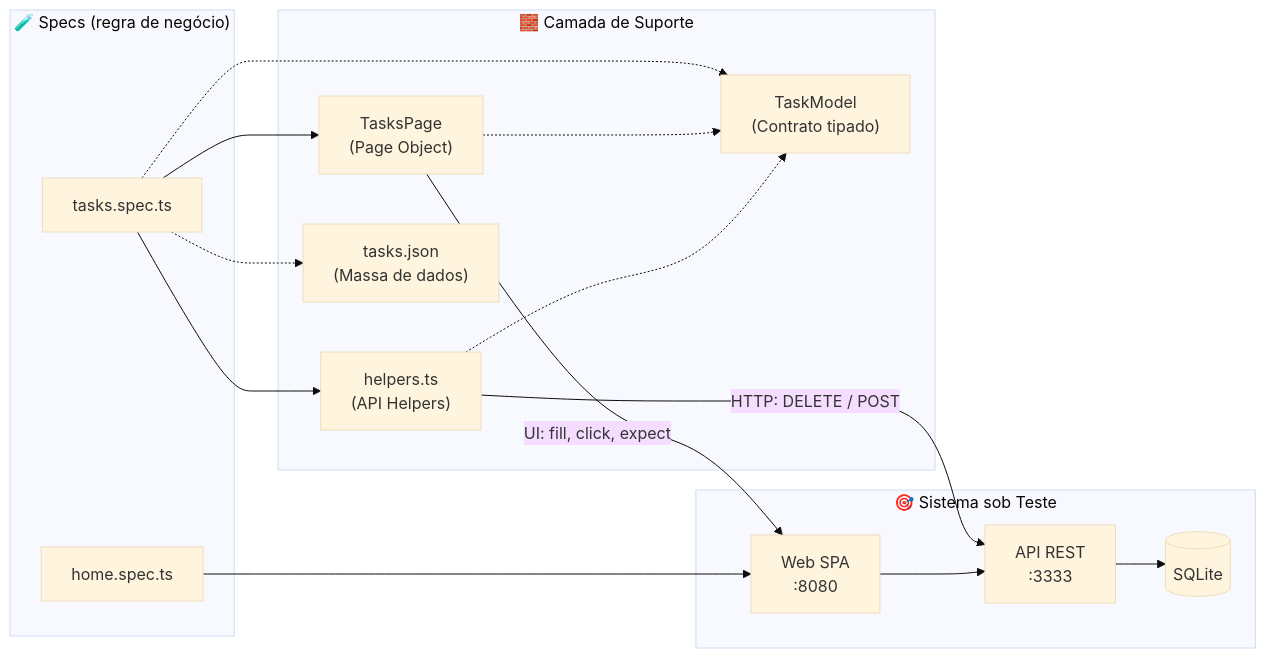
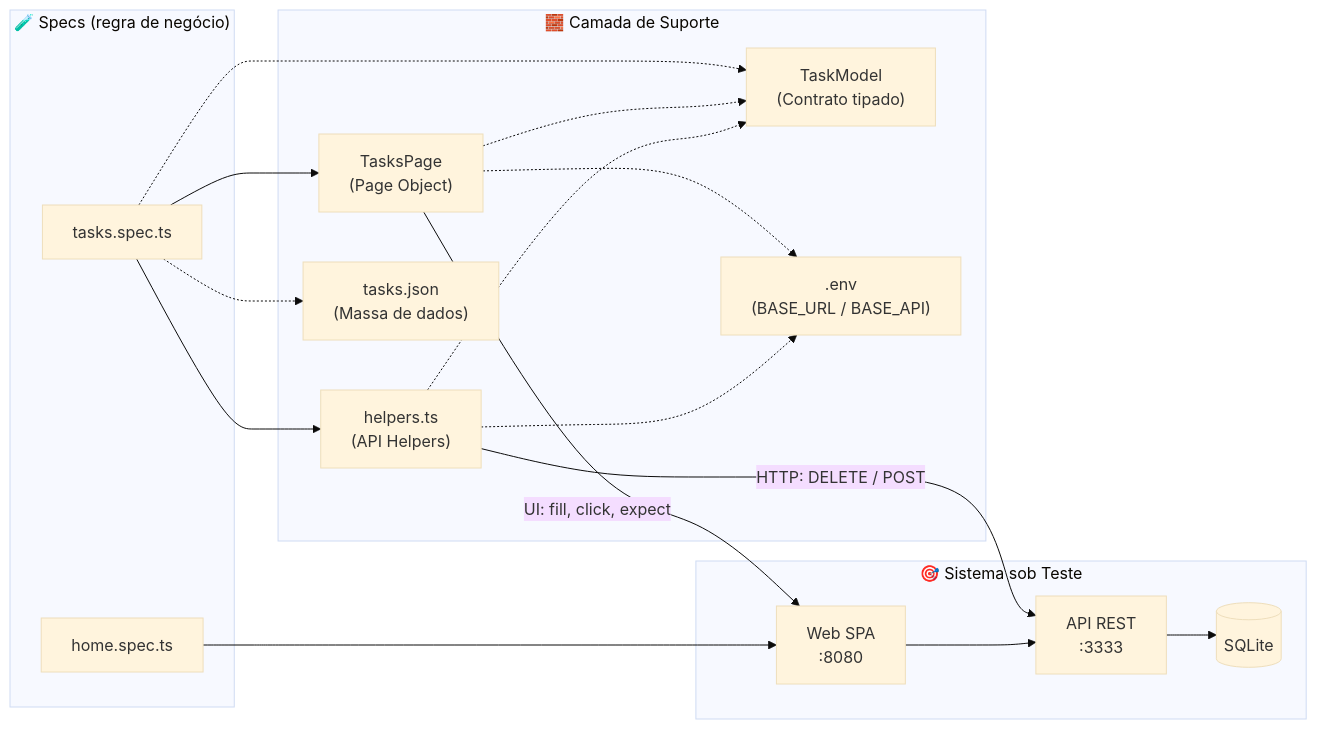
One commit to DouglasAntoni0/QAx-Playwright changed the diagram in README.md. Above: the diagram before and after it, drawn with Mermaid (base theme). The commit also changed other lines of this file and 13 other files, not shown here.

````diff
--- a/README.md
+++ b/README.md
@@ -69,32 +70,35 @@
 ```mermaid
 flowchart LR
     subgraph Specs["🧪 Specs (regra de negócio)"]
         H[home.spec.ts]
         T[tasks.spec.ts]
     end
 
     subgraph Support["🧱 Camada de Suporte"]
         PO["TasksPage<br/>(Page Object)"]
         HP["helpers.ts<br/>(API Helpers)"]
         M["TaskModel<br/>(Contrato tipado)"]
         D["tasks.json<br/>(Massa de dados)"]
+        E[".env<br/>(BASE_URL / BASE_API)"]
     end
 
     subgraph SUT["🎯 Sistema sob Teste"]
         WEB["Web SPA<br/>:8080"]
         API["API REST<br/>:3333"]
         DB[("SQLite")]
     end
 
     T --> PO
     T --> HP
     T -.-> M
     T -.-> D
     PO -.-> M
     HP -.-> M
+    PO -.-> E
+    HP -.-> E
     H --> WEB
     PO -->|"UI: fill, click, expect"| WEB
     HP -->|"HTTP: DELETE / POST"| API
     WEB --> API
     API --> DB
 ```
````
